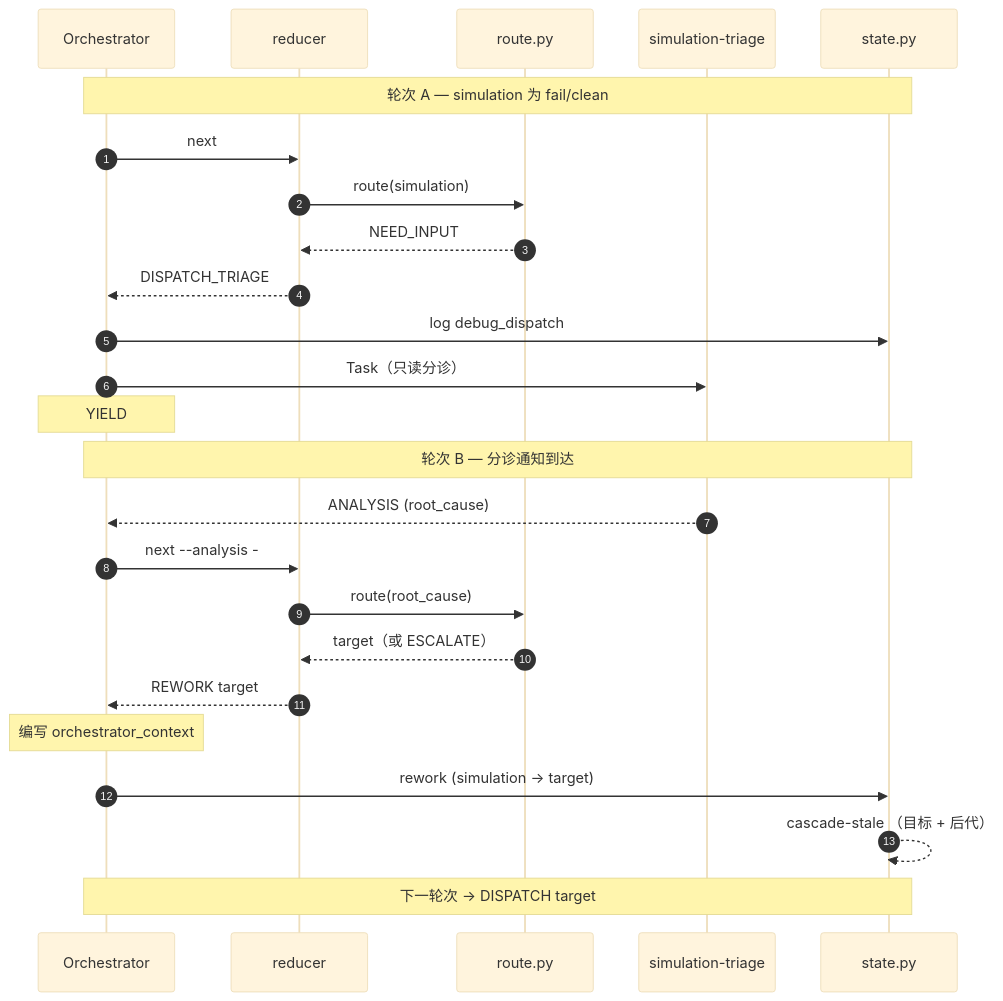
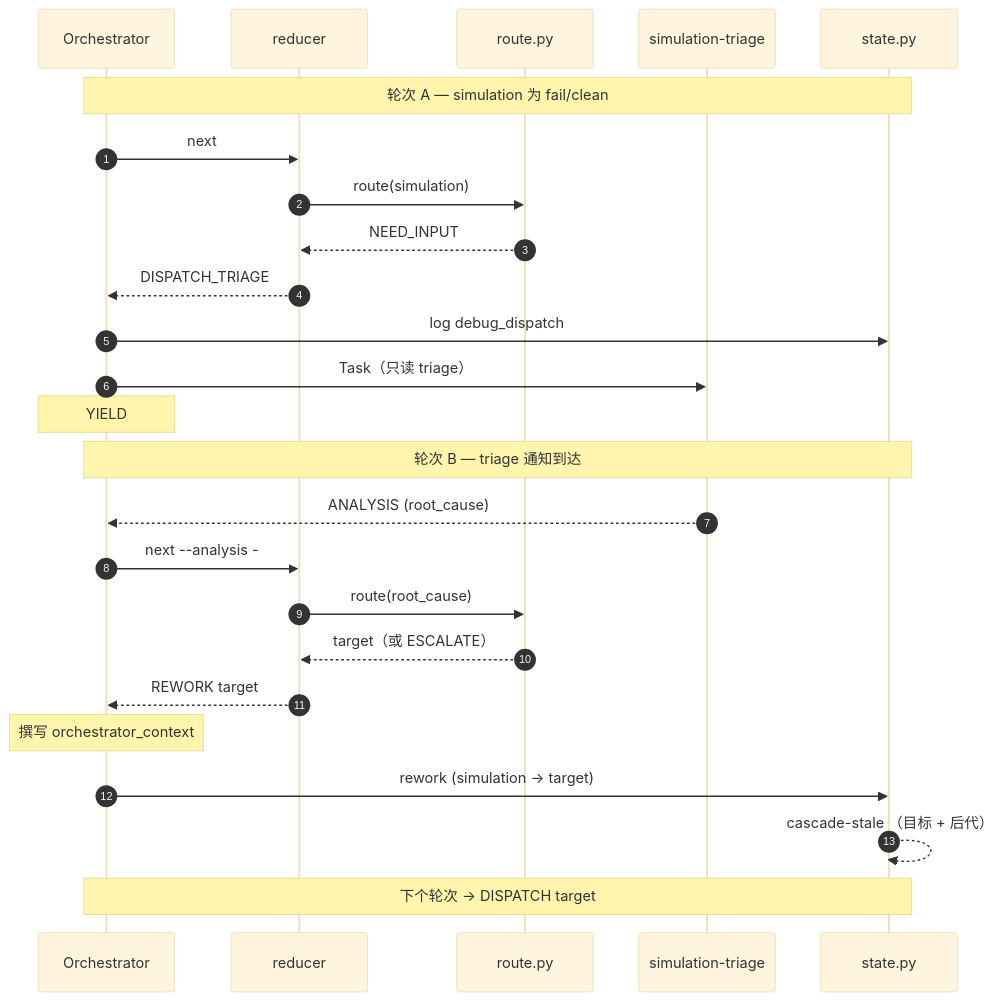
One commit to chipweaver/veripower changed the third of 3 diagrams in ARCHITECTURE.zh.md. Above: the diagram before and after it, drawn with Mermaid (base theme). The commit also changed other lines of this file, not shown here.

First line of the commit message:
docs(zh): polish ARCHITECTURE.zh.md prose and fix a critical translation error

````diff
--- a/ARCHITECTURE.zh.md
+++ b/ARCHITECTURE.zh.md
@@ -412,27 +409,27 @@
 ```mermaid
 sequenceDiagram
     autonumber
     participant O as Orchestrator
     participant R as reducer
     participant RT as route.py
     participant T as simulation-triage
     participant S as state.py
     Note over O,S: 轮次 A — simulation 为 fail/clean
     O->>R: next
     R->>RT: route(simulation)
     RT-->>R: NEED_INPUT
     R-->>O: DISPATCH_TRIAGE
     O->>S: log debug_dispatch
-    O->>T: Task（只读分诊）
+    O->>T: Task（只读 triage）
     Note over O: YIELD
-    Note over O,S: 轮次 B — 分诊通知到达
+    Note over O,S: 轮次 B — triage 通知到达
     T-->>O: ANALYSIS (root_cause)
     O->>R: next --analysis -
     R->>RT: route(root_cause)
     RT-->>R: target（或 ESCALATE）
     R-->>O: REWORK target
-    Note over O: 编写 orchestrator_context
+    Note over O: 撰写 orchestrator_context
     O->>S: rework (simulation → target)
     S-->>S: cascade-stale （目标 + 后代）
-    Note over O,S: 下一轮次 → DISPATCH target
+    Note over O,S: 下个轮次 → DISPATCH target
 ```
````
